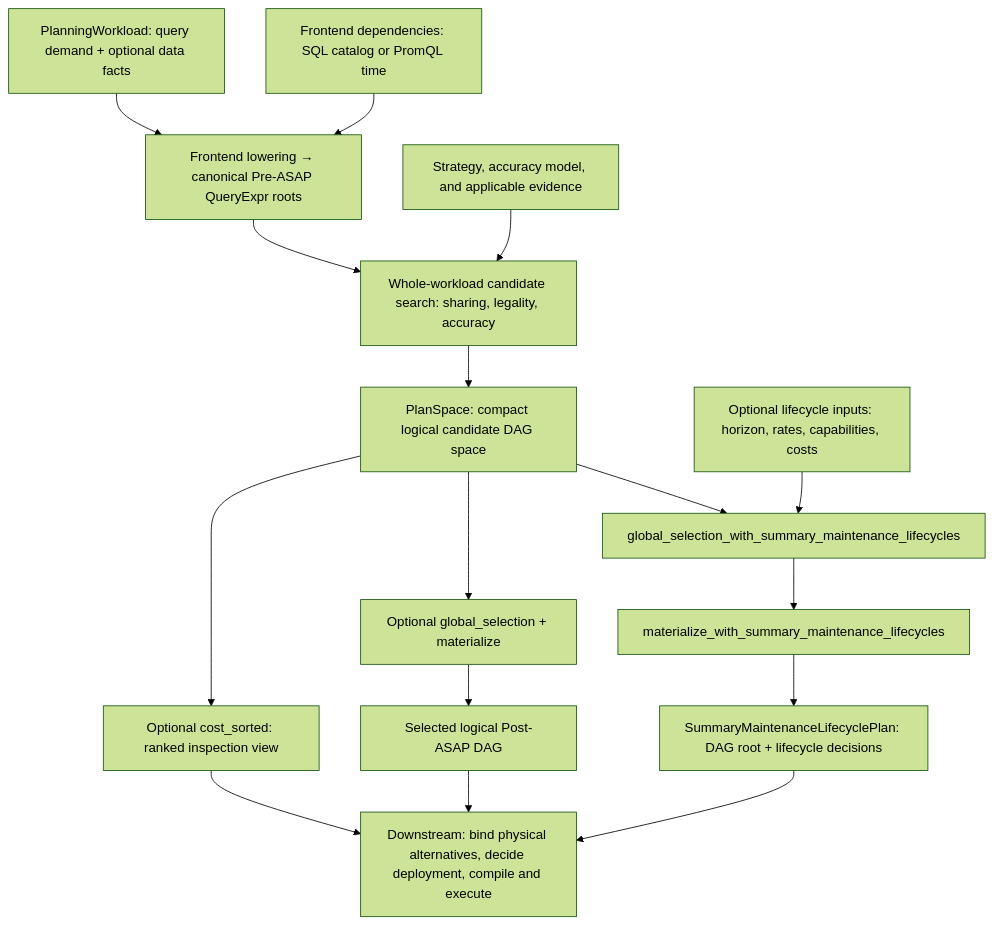
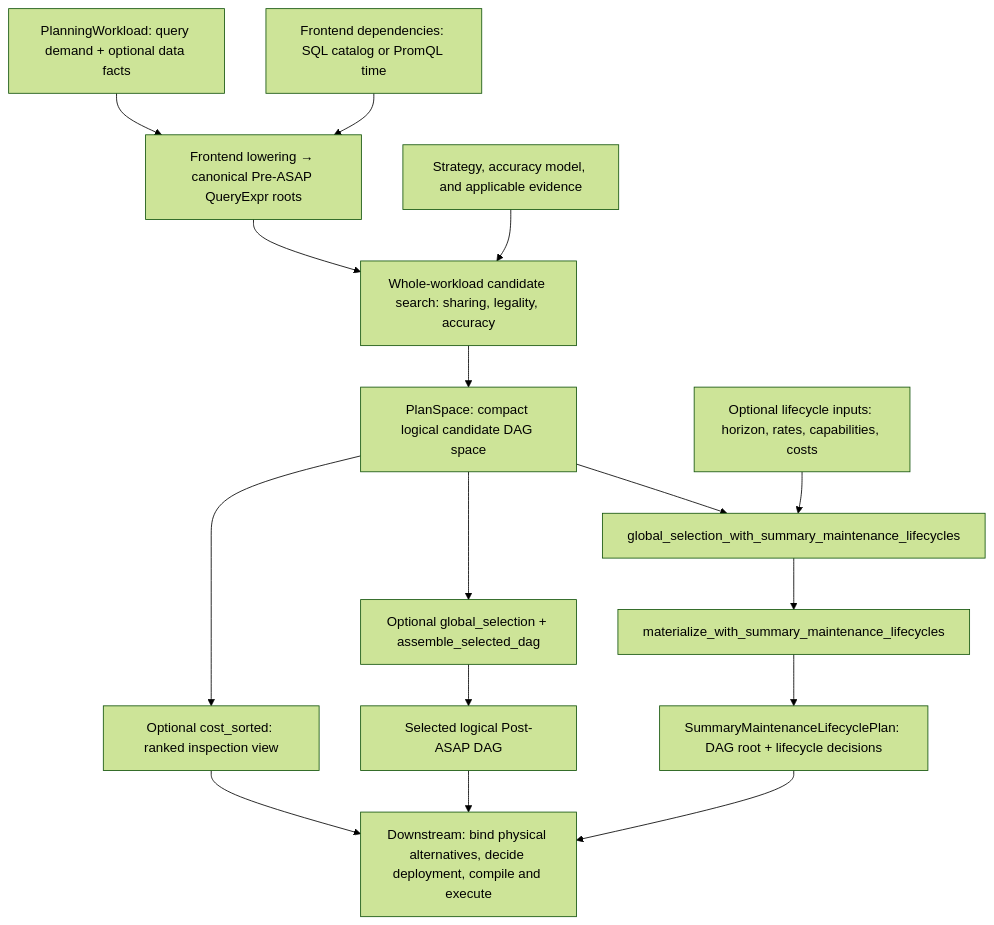
Before and after one commit to ProjectASAP/ASAPPlanner: the diagram in docs/design_docs/architecture/README.md, drawn with Mermaid (forest theme). The commit also changed other lines of this file and 12 other files, not shown here.

Commit message:
refactor(planner): rename materialize to assemble_selected_dag

````diff
--- a/docs/design_docs/architecture/README.md
+++ b/docs/design_docs/architecture/README.md
@@ -15,26 +15,26 @@
 ```mermaid
 flowchart TD
     W["PlanningWorkload: query demand + optional data facts"]
     F["Frontend dependencies: SQL catalog or PromQL time"]
     E["Strategy, accuracy model, and applicable evidence"]
     PRE["Frontend lowering → canonical Pre-ASAP QueryExpr roots"]
     SEARCH["Whole-workload candidate search: sharing, legality, accuracy"]
     SPACE["PlanSpace: compact logical candidate DAG space"]
     RANK["Optional cost_sorted: ranked inspection view"]
-    SELECT["Optional global_selection + materialize"]
+    SELECT["Optional global_selection + assemble_selected_dag"]
     DAG["Selected logical Post-ASAP DAG"]
     LINPUT["Optional lifecycle inputs: horizon, rates, capabilities, costs"]
     LIFE["global_selection_with_summary_maintenance_lifecycles"]
     LMAT["materialize_with_summary_maintenance_lifecycles"]
     LPLAN["SummaryMaintenanceLifecyclePlan: DAG root + lifecycle decisions"]
     BACKEND["Downstream: bind physical alternatives, decide deployment, compile and execute"]
     W --> PRE
     F --> PRE
     PRE --> SEARCH
     E --> SEARCH
     SEARCH --> SPACE
     SPACE --> RANK --> BACKEND
     SPACE --> SELECT --> DAG --> BACKEND
     SPACE --> LIFE
     LINPUT --> LIFE --> LMAT --> LPLAN --> BACKEND
 ```
````
